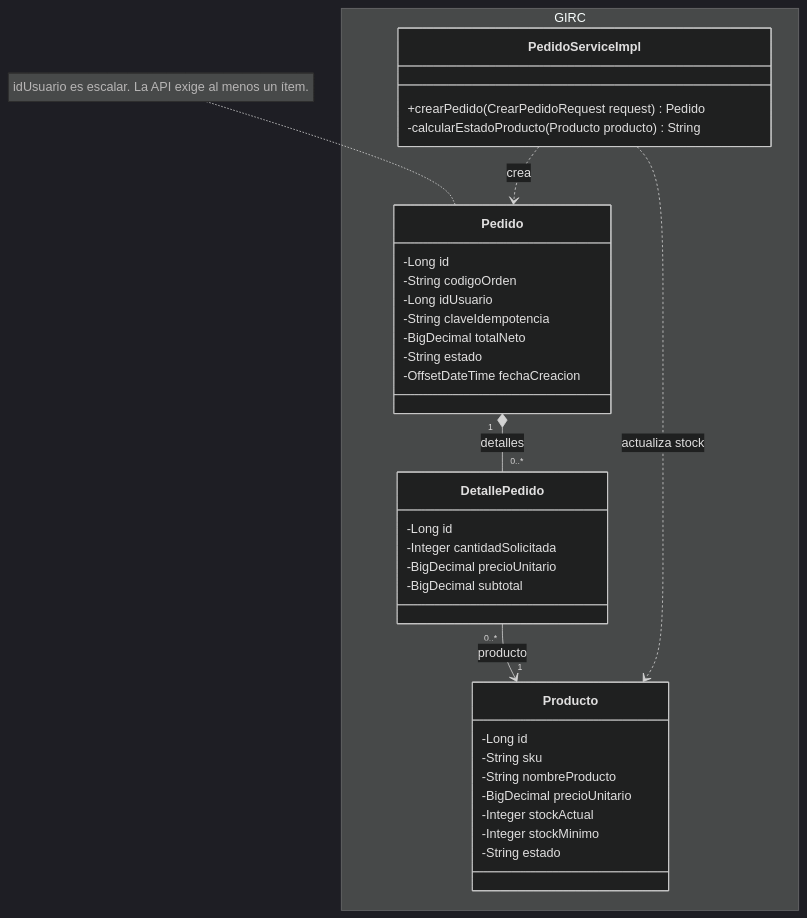
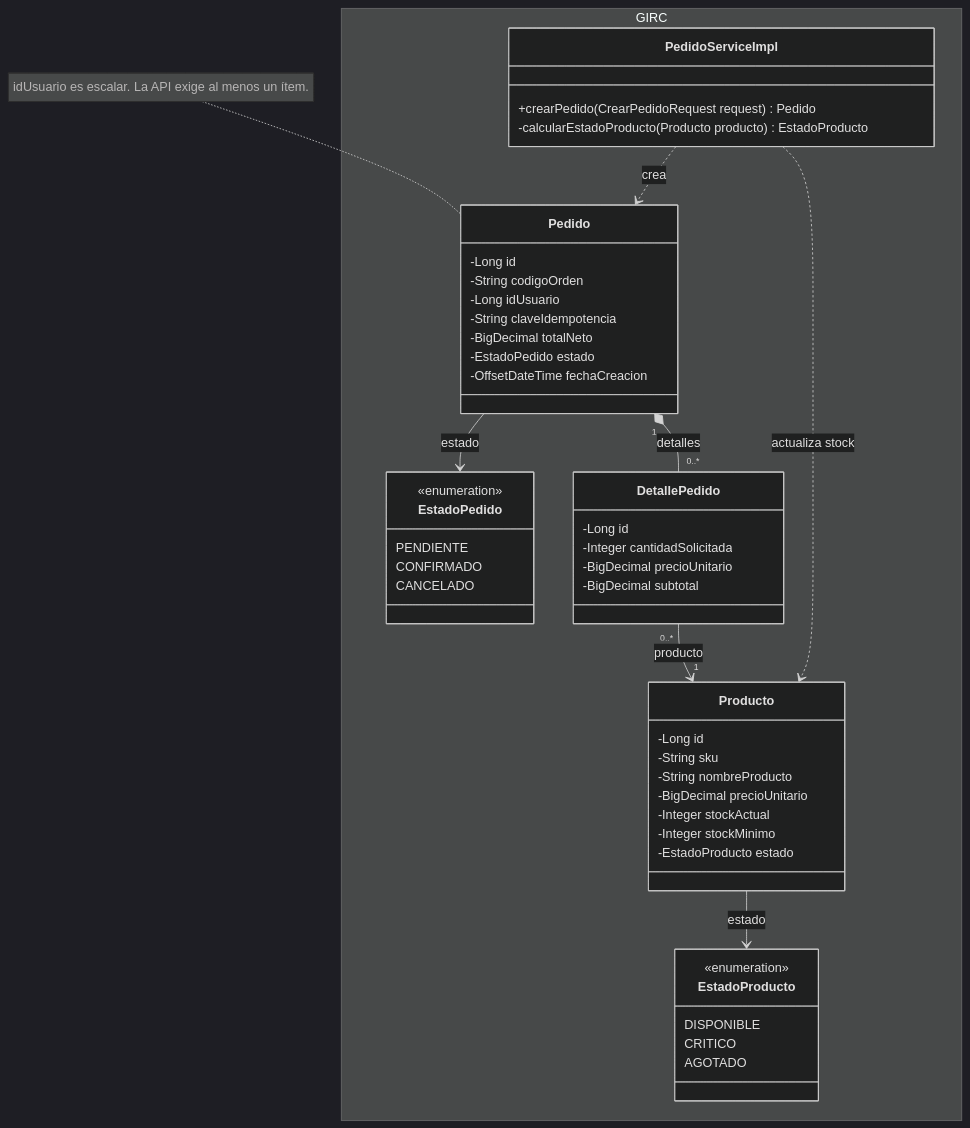
The diagram in docs/hito-2/diagrams/uml-clases-dominio.mmd (Liz010713/GIRC-FINAL), drawn with Mermaid (dark theme) before and after one commit. The commit also changed 75 other files, not shown here.

```diff
--- a/docs/hito-2/diagrams/uml-clases-dominio.mmd
+++ b/docs/hito-2/diagrams/uml-clases-dominio.mmd
@@ -1,36 +1,50 @@
 classDiagram
   namespace GIRC {
+    class EstadoProducto {
+      <<enumeration>>
+      DISPONIBLE
+      CRITICO
+      AGOTADO
+    }
+    class EstadoPedido {
+      <<enumeration>>
+      PENDIENTE
+      CONFIRMADO
+      CANCELADO
+    }
     class Producto {
       -Long id
       -String sku
       -String nombreProducto
       -BigDecimal precioUnitario
       -Integer stockActual
       -Integer stockMinimo
-      -String estado
+      -EstadoProducto estado
     }
     class Pedido {
       -Long id
       -String codigoOrden
       -Long idUsuario
       -String claveIdempotencia
       -BigDecimal totalNeto
-      -String estado
+      -EstadoPedido estado
       -OffsetDateTime fechaCreacion
     }
     class DetallePedido {
       -Long id
       -Integer cantidadSolicitada
       -BigDecimal precioUnitario
       -BigDecimal subtotal
     }
     class PedidoServiceImpl {
       +crearPedido(CrearPedidoRequest request) Pedido
-      -calcularEstadoProducto(Producto producto) String
+      -calcularEstadoProducto(Producto producto) EstadoProducto
     }
   }
   Pedido "1" *-- "0..*" DetallePedido : detalles
   DetallePedido "0..*" --> "1" Producto : producto
+  Producto --> EstadoProducto : estado
+  Pedido --> EstadoPedido : estado
   PedidoServiceImpl ..> Pedido : crea
   PedidoServiceImpl ..> Producto : actualiza stock
   note for Pedido "idUsuario es escalar. La API exige al menos un ítem."
```
